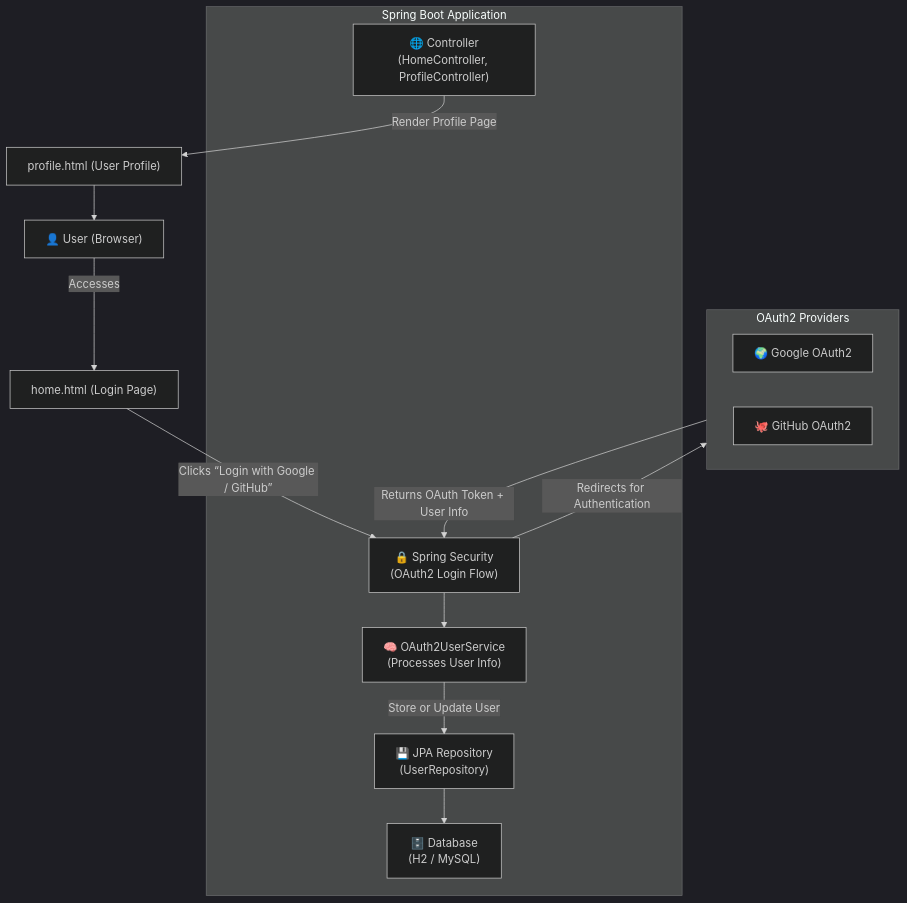
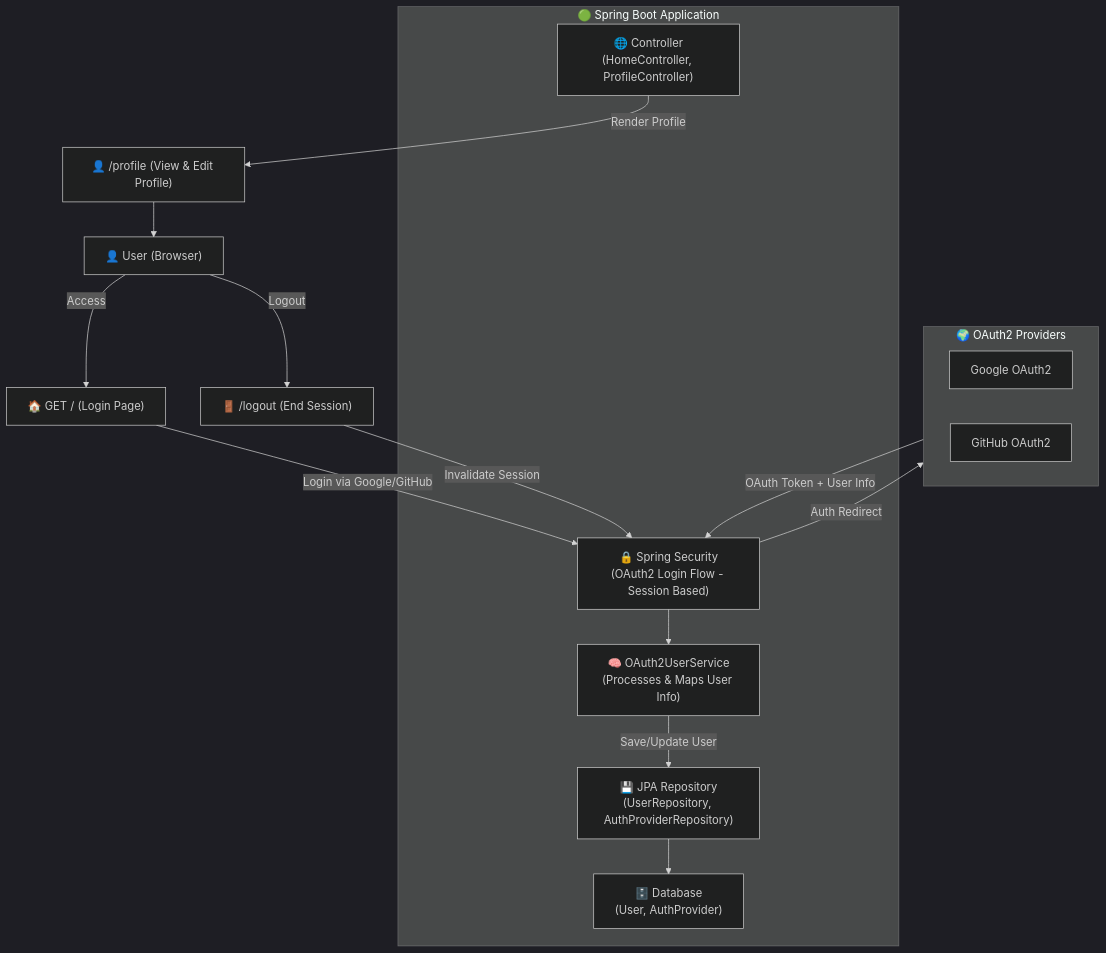
One commit to moshiverse/OAuth2-Integration changed the diagram in README.md. Above: the diagram before and after it, drawn with Mermaid (dark theme).

````diff
--- a/README.md
+++ b/README.md
@@ -159,37 +159,37 @@
 ```mermaid
-graph TD
-
+graph TB
 %% === CLIENT SIDE ===
     User["👤 User (Browser)"]
-    Home["home.html (Login Page)"]
-    Profile["profile.html (User Profile)"]
+    Home["🏠 GET / (Login Page)"]
+    Profile["👤 /profile (View & Edit Profile)"]
+    Logout["🚪 /logout (End Session)"]
 
 %% === SPRING BOOT APPLICATION ===
-    subgraph SpringBootApp["Spring Boot Application"]
+    subgraph SpringBootApp["🟢 Spring Boot Application"]
         Controller["🌐 Controller<br>(HomeController, ProfileController)"]
-        Security["🔒 Spring Security<br>(OAuth2 Login Flow)"]
-        Service["🧠 OAuth2UserService<br>(Processes User Info)"]
-        Repository["💾 JPA Repository<br>(UserRepository)"]
-        DB["🗄️ Database<br>(H2 / MySQL)"]
+        Security["🔒 Spring Security<br>(OAuth2 Login Flow - Session Based)"]
+        Service["🧠 OAuth2UserService<br>(Processes & Maps User Info)"]
+        Repository["💾 JPA Repository<br>(UserRepository, AuthProviderRepository)"]
+        DB["🗄️ Database<br>(User, AuthProvider)"]
     end
 
 %% === OAUTH2 PROVIDERS ===
-    subgraph Providers["OAuth2 Providers"]
-        Google["🌍 Google OAuth2"]
-        GitHub["🐙 GitHub OAuth2"]
+    subgraph Providers["🌍 OAuth2 Providers"]
+        Google["Google OAuth2"]
+        GitHub["GitHub OAuth2"]
     end
 
 %% === FLOW ===
-    User -->|Accesses| Home
-    Home -->|Clicks “Login with Google / GitHub”| Security
-    Security -->|Redirects for Authentication| Providers
-    Providers -->|Returns OAuth Token + User Info| Security
+    User -->|Access| Home
+    Home -->|Login via Google/GitHub| Security
+    Security -->|Auth Redirect| Providers
+    Providers -->|OAuth Token + User Info| Security
     Security --> Service
-    Service -->|Store or Update User| Repository
+    Service -->|Save/Update User| Repository
     Repository --> DB
-    Controller -->|Render Profile Page| Profile
+    Controller -->|Render Profile| Profile
     Profile --> User
-
-
+    User -->|Logout| Logout
+    Logout -->|Invalidate Session| Security
 
 ```
````
